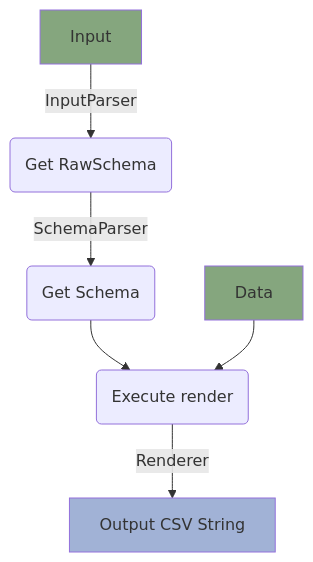
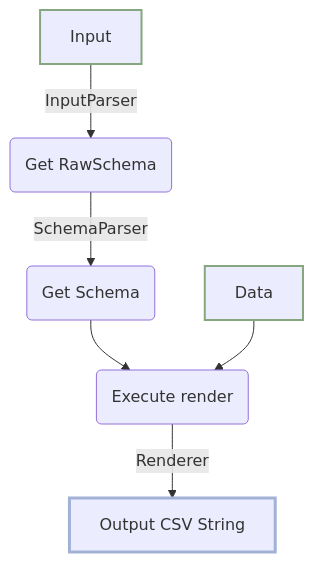
The diagram in README.md (andrewchen30/csv-templator), drawn with Mermaid before and after one commit. The commit also changed other lines of this file, not shown here.

````diff
--- a/README.md
+++ b/README.md
@@ -17,14 +17,15 @@
 ```mermaid
 flowchart
 
 Input1[Input]
 --> |InputParser| B(Get RawSchema)
 --> |SchemaParser| C(Get Schema)
 --> D(Execute render)
 --> |Renderer| Output[Output CSV String]
 
 Input2[Data] --> D
-style Input1 fill:#85a67e
-style Input2 fill:#85a67e
-style Output fill:#a1b2d6
+
+style Input1 stroke:#85a67e,stroke-width:2px
+style Input2 stroke:#85a67e,stroke-width:2px
+style Output stroke:#a1b2d6,stroke-width:3px
 ```
````
